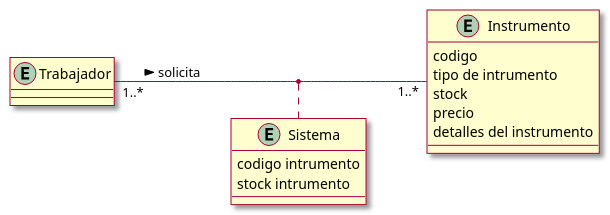
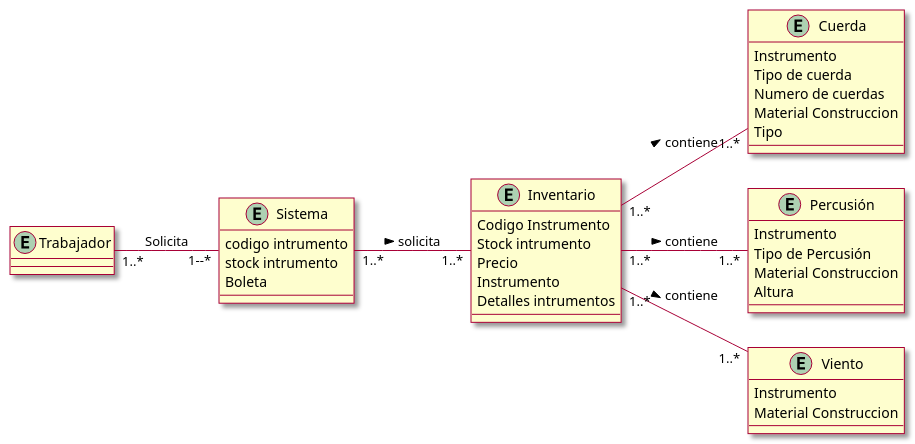
The diagram in Dominio.puml (Ignac10G/Taller_3), drawn with PlantUML before and after one commit.

Commit message:
mejorando dominio

```diff
--- a/Dominio.puml
+++ b/Dominio.puml
@@ -1,24 +1,51 @@
 @startuml
 left to right direction
 skin rose
 
 entity Trabajador {
 
 }
+
+entity Inventario{
+    Codigo Instrumento
+    Stock intrumento
+    Precio
+    Instrumento
+    Detalles intrumentos
+}
+
 entity Sistema {
     codigo intrumento
     stock intrumento
+    Boleta
 
 }
-entity Instrumento {
-    codigo
-    tipo de intrumento
-    stock
-    precio
-    detalles del instrumento
+
+entity Cuerda{
+    Instrumento
+    Tipo de cuerda
+    Numero de cuerdas
+    Material Construccion
+    Tipo
 }
 
-Trabajador "1..*"-- "1..*"Instrumento: solicita >
-(Trabajador,Instrumento) ..Sistema
+entity Percusión{
+    Instrumento
+    Tipo de Percusión
+    Material Construccion
+    Altura
+}
+
+entity Viento{
+    Instrumento
+    Material Construccion
+}
+
+
+Trabajador "1..*"-- "1--*" Sistema: Solicita
+Sistema "1..*"-- "1..*"Inventario: solicita >
+Inventario "1..*"-- "1..*"Cuerda: contiene >
+Inventario "1..*"-- "1..*"Percusión: contiene >
+Inventario "1..*"-- "1..*"Viento: contiene >
 
 @enduml
```
